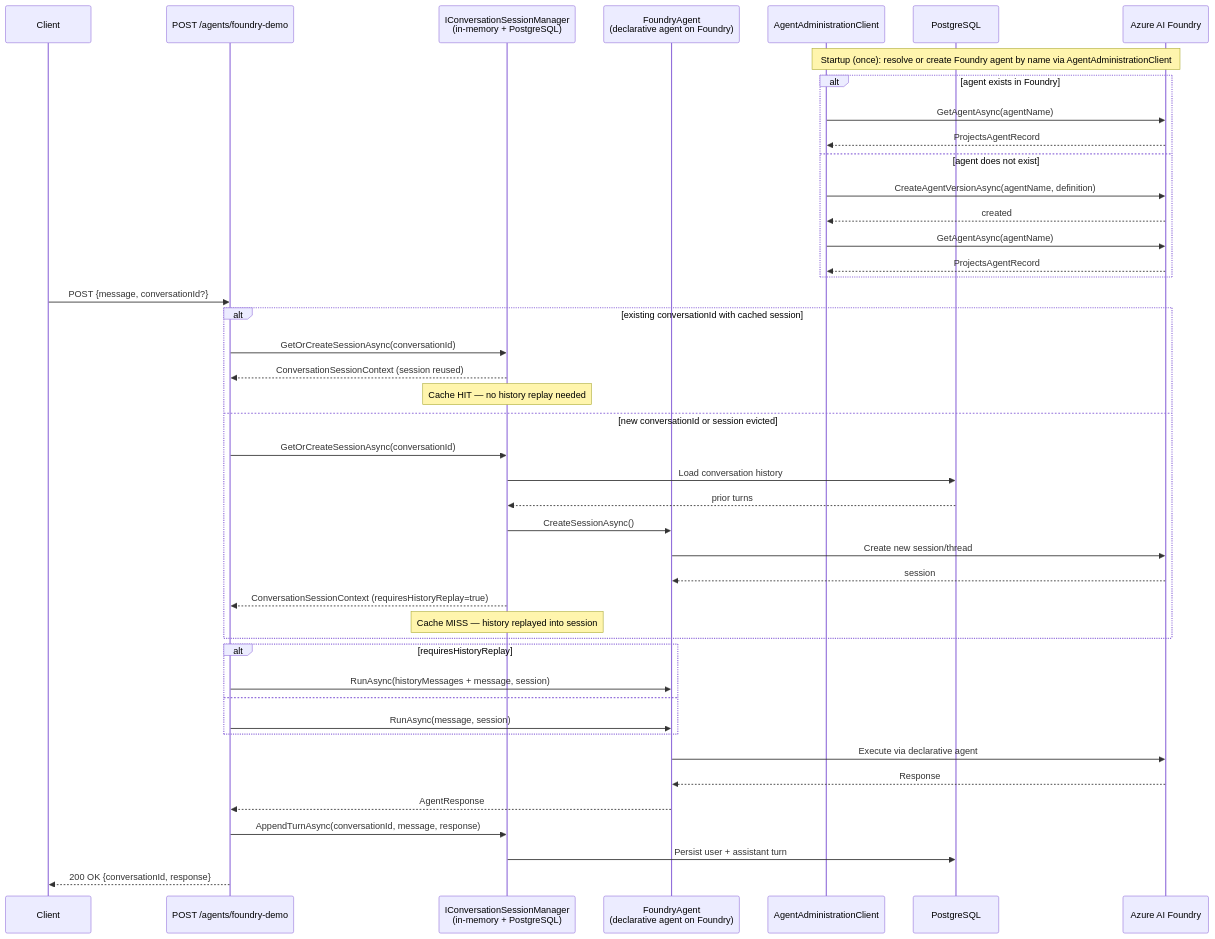
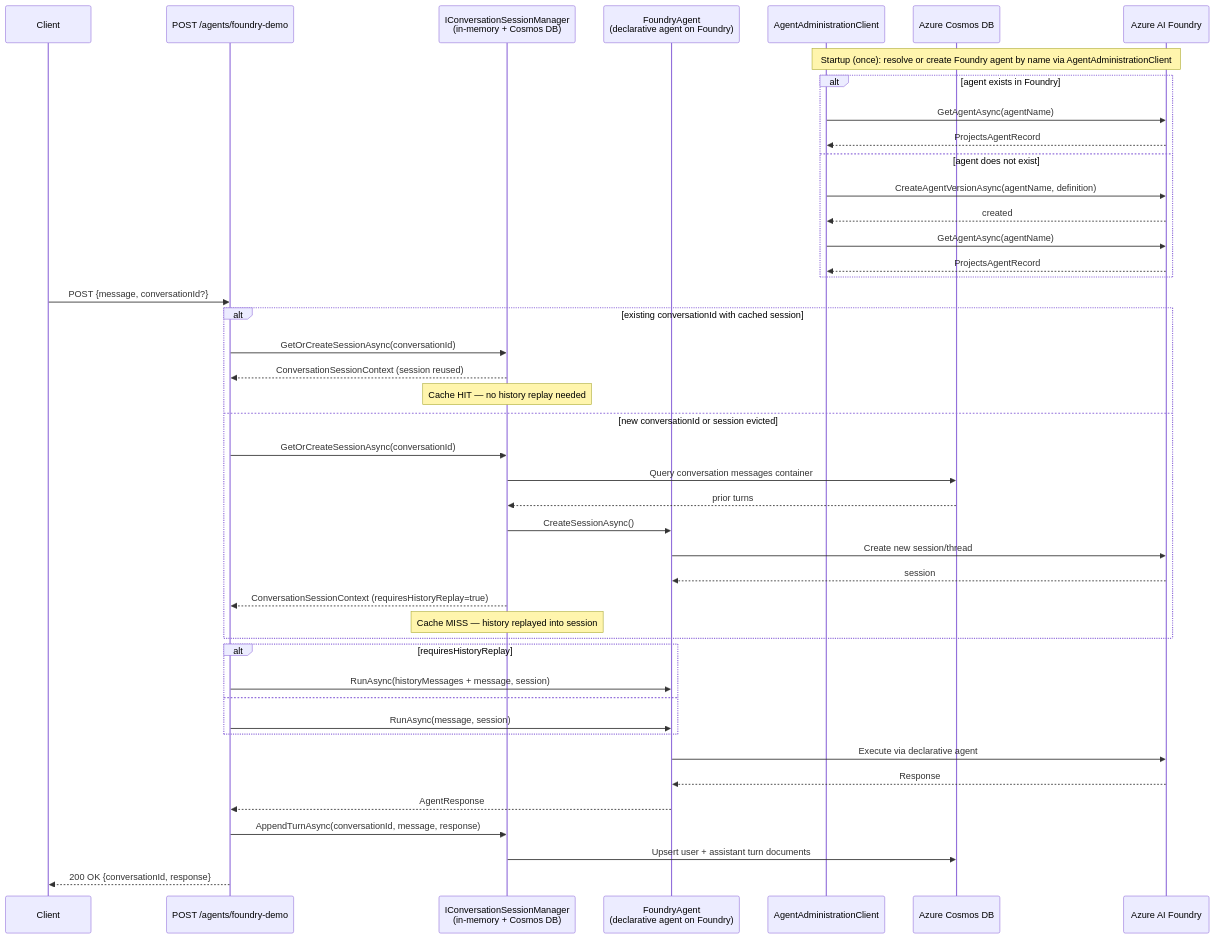
The second of 4 diagrams in diagram.md (rutzsco/agent-hub-dotnet), drawn with Mermaid before and after one commit. The commit also changed other lines of this file and 1 other file, not shown here.

````diff
--- a/diagram.md
+++ b/diagram.md
@@ -53,54 +53,54 @@
 ```mermaid
 sequenceDiagram
     participant Client
     participant Route as POST /agents/foundry-demo
-    participant SessionMgr as IConversationSessionManager<br/>(in-memory + PostgreSQL)
+    participant SessionMgr as IConversationSessionManager<br/>(in-memory + Cosmos DB)
     participant Agent as FoundryAgent<br/>(declarative agent on Foundry)
     participant AgentAdmin as AgentAdministrationClient
-    participant Postgres as PostgreSQL
+    participant Cosmos as Azure Cosmos DB
     participant Foundry as Azure AI Foundry
 
     Note over AgentAdmin,Foundry: Startup (once): resolve or create Foundry agent by name via AgentAdministrationClient
 
     alt agent exists in Foundry
         AgentAdmin->>Foundry: GetAgentAsync(agentName)
         Foundry-->>AgentAdmin: ProjectsAgentRecord
     else agent does not exist
         AgentAdmin->>Foundry: CreateAgentVersionAsync(agentName, definition)
         Foundry-->>AgentAdmin: created
         AgentAdmin->>Foundry: GetAgentAsync(agentName)
         Foundry-->>AgentAdmin: ProjectsAgentRecord
     end
 
     Client->>Route: POST {message, conversationId?}
 
     alt existing conversationId with cached session
         Route->>SessionMgr: GetOrCreateSessionAsync(conversationId)
         SessionMgr-->>Route: ConversationSessionContext (session reused)
         Note over SessionMgr: Cache HIT — no history replay needed
     else new conversationId or session evicted
         Route->>SessionMgr: GetOrCreateSessionAsync(conversationId)
-        SessionMgr->>Postgres: Load conversation history
-        Postgres-->>SessionMgr: prior turns
+        SessionMgr->>Cosmos: Query conversation messages container
+        Cosmos-->>SessionMgr: prior turns
         SessionMgr->>Agent: CreateSessionAsync()
         Agent->>Foundry: Create new session/thread
         Foundry-->>Agent: session
         SessionMgr-->>Route: ConversationSessionContext (requiresHistoryReplay=true)
         Note over SessionMgr: Cache MISS — history replayed into session
     end
 
     alt requiresHistoryReplay
         Route->>Agent: RunAsync(historyMessages + message, session)
     else
         Route->>Agent: RunAsync(message, session)
     end
 
     Agent->>Foundry: Execute via declarative agent
     Foundry-->>Agent: Response
     Agent-->>Route: AgentResponse
 
     Route->>SessionMgr: AppendTurnAsync(conversationId, message, response)
-    SessionMgr->>Postgres: Persist user + assistant turn
+    SessionMgr->>Cosmos: Upsert user + assistant turn documents
 
     Route-->>Client: 200 OK {conversationId, response}
 ```
````
